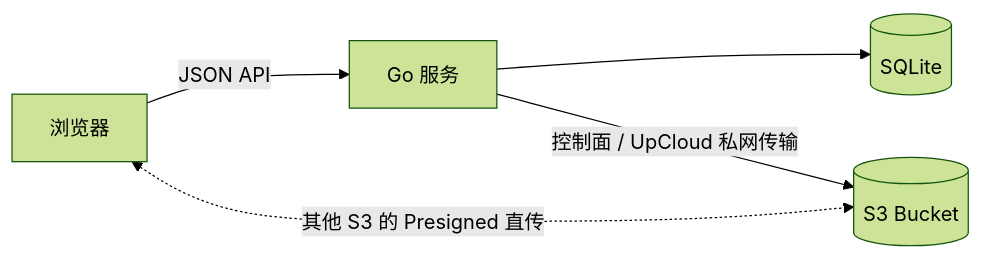
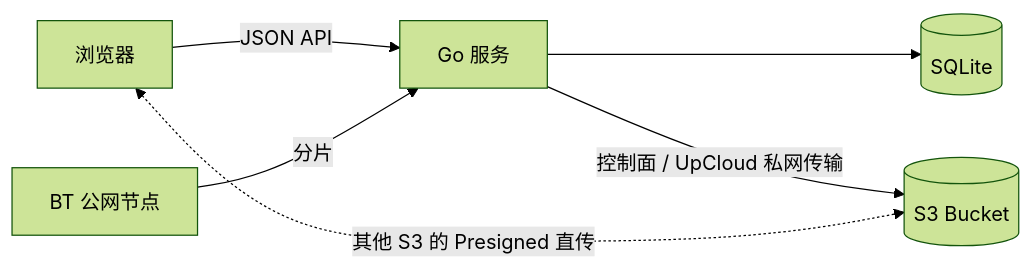
The diagram in README.md (VesperGlow/revaro), drawn with Mermaid (forest theme) before and after one commit. The commit also changed other lines of this file and 16 other files, not shown here.

````diff
--- a/README.md
+++ b/README.md
@@ -7,7 +7,8 @@
 ```mermaid
 flowchart LR
     B[浏览器] -->|JSON API| G[Go 服务]
     G --> D[(SQLite)]
     G -->|控制面 / UpCloud 私网传输| S[(S3 Bucket)]
     B <-.->|其他 S3 的 Presigned 直传| S
+    P[BT 公网节点] -->|分片| G
 ```
````
